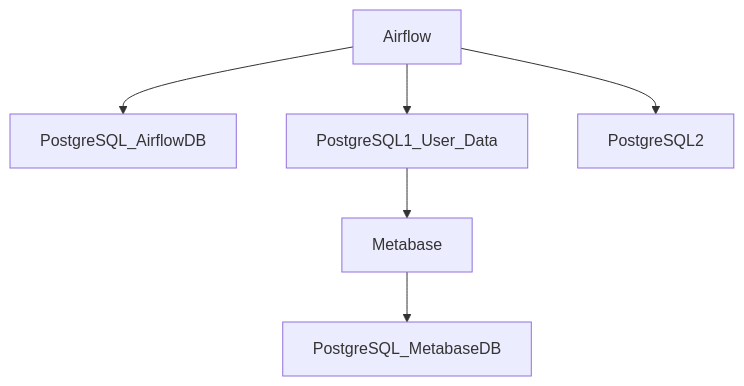
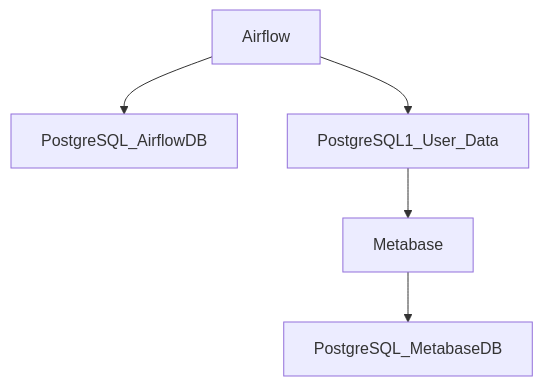
One commit to augsmachado/airflow-data-generator changed the diagram in README.md. Above: the diagram before and after it, drawn with Mermaid. The commit also changed other lines of this file and 3 other files, not shown here.

````diff
--- a/README.md
+++ b/README.md
@@ -23,8 +23,7 @@
 ```mermaid
 graph TD;
     Airflow --> PostgreSQL_AirflowDB;
     Airflow --> PostgreSQL1_User_Data;
-    Airflow --> PostgreSQL2;
     PostgreSQL1_User_Data  --> Metabase
     Metabase --> PostgreSQL_MetabaseDB;
 ```
````
